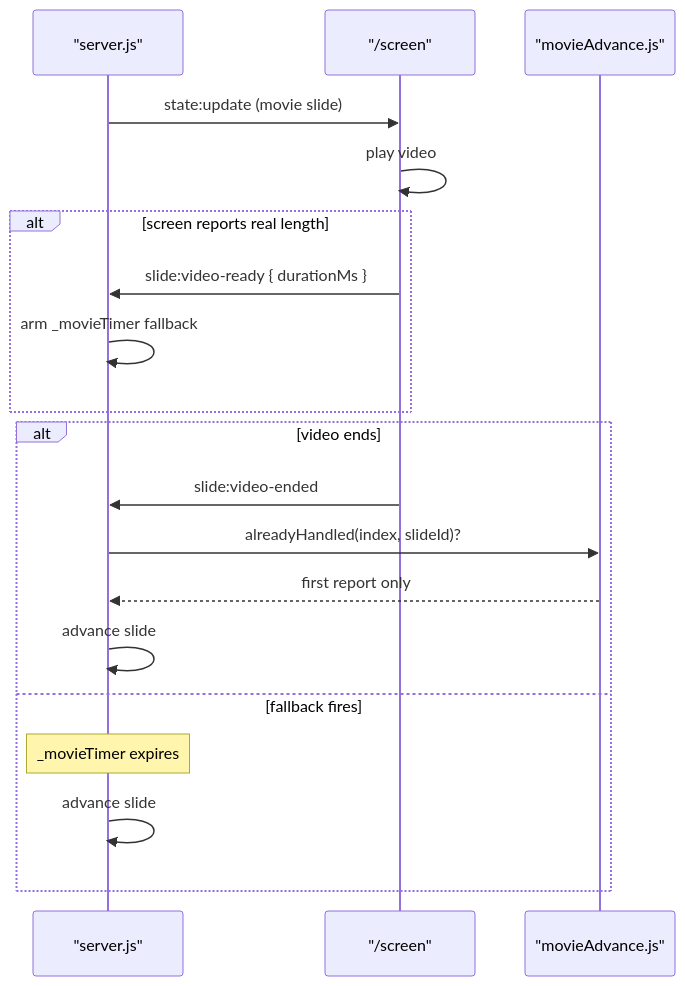
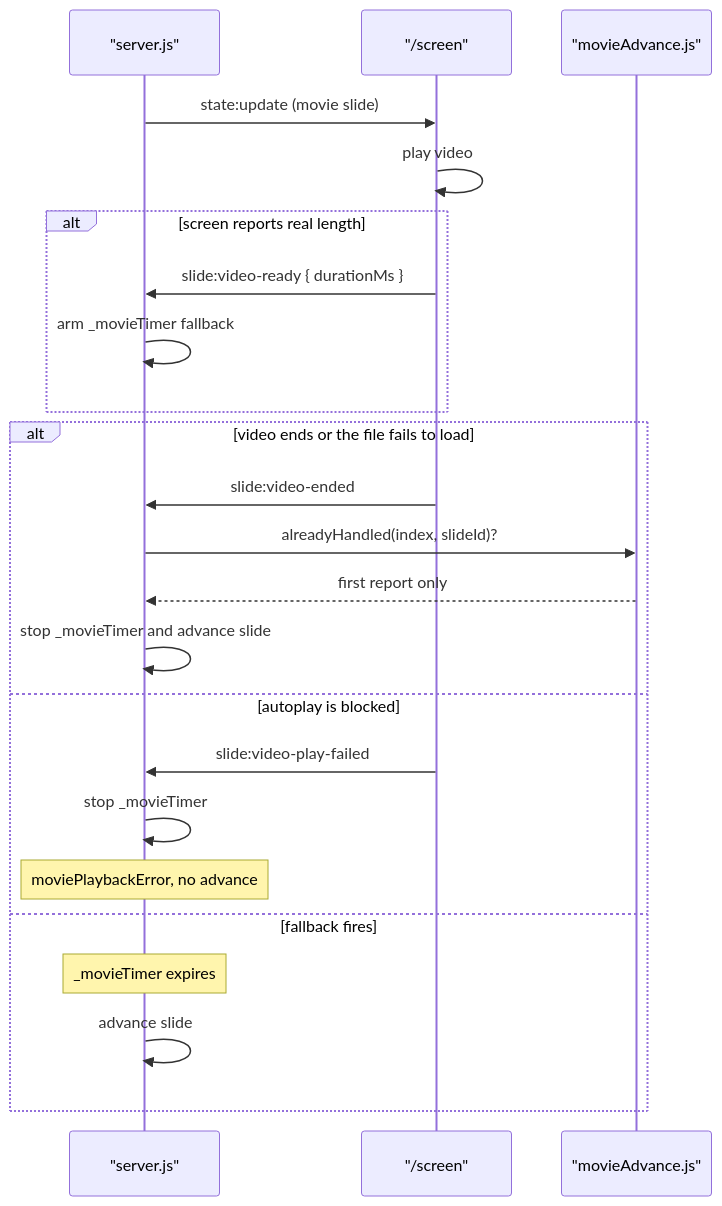
One commit to Saint-Therese-Of-Lisieux-Parish/sacra_lux changed the ninth of 15 diagrams in docs/workflows.md. Above: the diagram before and after it, drawn with Mermaid. The commit also changed 1 other file, not shown here.

Commit message:
docs(architecture): correct movie autoplay failure
The timer model said a blocked autoplay waits for the movie fallback. slide:video-play-failed stops _movieTimer and does not advance. A load error still sends slide:video-ended.

The architecture page and the movie workflow diagram now state that split.

Persona: developer

Files:
- modified: docs/architecture.md
- modified: docs/workflows.md

Verified against: sacra-lux/src/server.js (scheduleMovieAutoAdvance, slide:video-play-failed) and sacra-lux/public/screen.html (video error and play handlers)

Refs #692

````diff
--- a/docs/workflows.md
+++ b/docs/workflows.md
@@ -183,22 +183,26 @@
 ```mermaid
 sequenceDiagram
     participant Server as "server.js"
     participant Screen as "/screen"
     participant Guard as "movieAdvance.js"
 
     Server->>Screen: state:update (movie slide)
     Screen->>Screen: play video
     alt screen reports real length
         Screen->>Server: slide:video-ready { durationMs }
         Server->>Server: arm _movieTimer fallback
     end
-    alt video ends
+    alt video ends or the file fails to load
         Screen->>Server: slide:video-ended
         Server->>Guard: alreadyHandled(index, slideId)?
         Guard-->>Server: first report only
-        Server->>Server: advance slide
+        Server->>Server: stop _movieTimer and advance slide
+    else autoplay is blocked
+        Screen->>Server: slide:video-play-failed
+        Server->>Server: stop _movieTimer
+        Note over Server: moviePlaybackError, no advance
     else fallback fires
         Note over Server: _movieTimer expires
         Server->>Server: advance slide
     end
 ```
````
